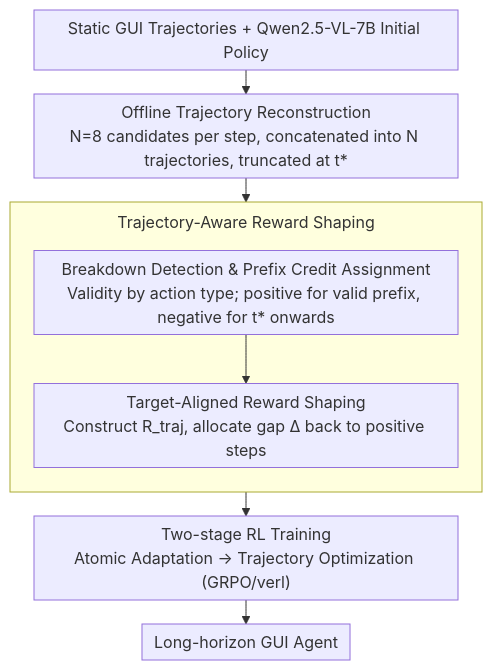
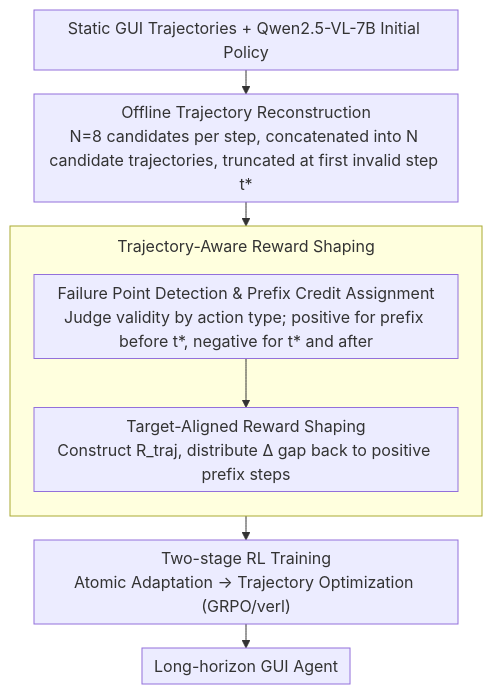
One commit to zhaoyang97/Paper-Notes-en changed the diagram in docs/ACL2026/llm_agent/solar-rl_semi-online_long-horizon_assignment_reinforcement_learning.md. Above: the diagram before and after it, drawn with Mermaid. The commit also changed other lines of this file and 5084 other files, not shown here.

````diff
--- a/docs/ACL2026/llm_agent/solar-rl_semi-online_long-horizon_assignment_reinforcement_learning.md
+++ b/docs/ACL2026/llm_agent/solar-rl_semi-online_long-horizon_assignment_reinforcement_learning.md
@@ -41,12 +41,12 @@
 ```mermaid
 %%{init: {'flowchart': {'rankSpacing': 24, 'nodeSpacing': 28, 'padding': 6, 'wrappingWidth': 400, 'subGraphTitleMargin': {'top': 8, 'bottom': 16}}}}%%
 flowchart TD
-    A["Static GUI Trajectories + Qwen2.5-VL-7B Initial Policy"] --> B["Offline Trajectory Reconstruction<br/>N=8 candidates per step, concatenated into N trajectories, truncated at t*"]
+    A["Static GUI Trajectories + Qwen2.5-VL-7B Initial Policy"] --> B["Offline Trajectory Reconstruction<br/>N=8 candidates per step, concatenated into N candidate trajectories, truncated at first invalid step t*"]
     subgraph RS["Trajectory-Aware Reward Shaping"]
         direction TB
-        C["Breakdown Detection & Prefix Credit Assignment<br/>Validity by action type; positive for valid prefix, negative for t* onwards"] --> D["Target-Aligned Reward Shaping<br/>Construct R_traj, allocate gap Δ back to positive steps"]
+        C["Failure Point Detection & Prefix Credit Assignment<br/>Judge validity by action type; positive for prefix before t*, negative for t* and after"] --> D["Target-Aligned Reward Shaping<br/>Construct R_traj, distribute Δ gap back to positive prefix steps"]
     end
     B --> C
     D --> E["Two-stage RL Training<br/>Atomic Adaptation → Trajectory Optimization (GRPO/verl)"]
     E --> F["Long-horizon GUI Agent"]
 ```
````
